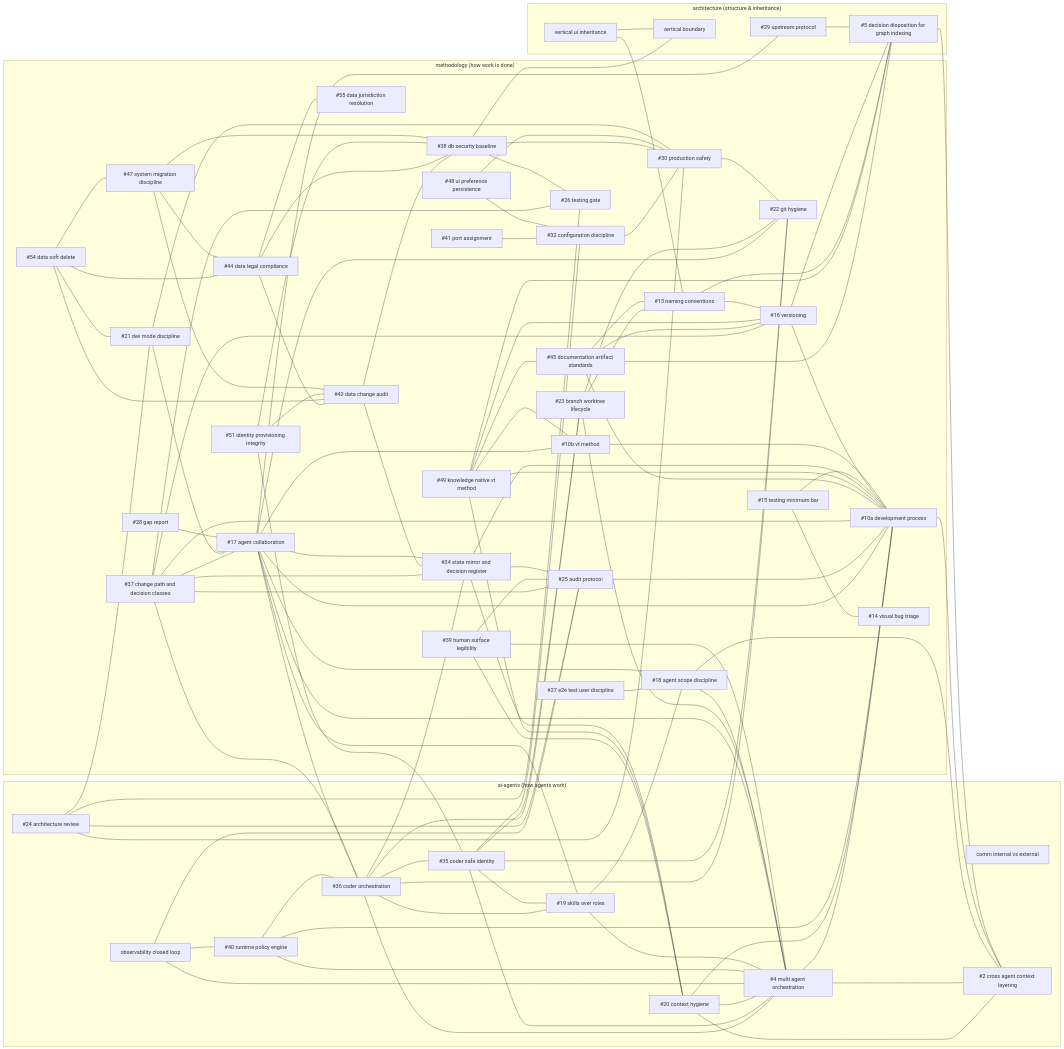
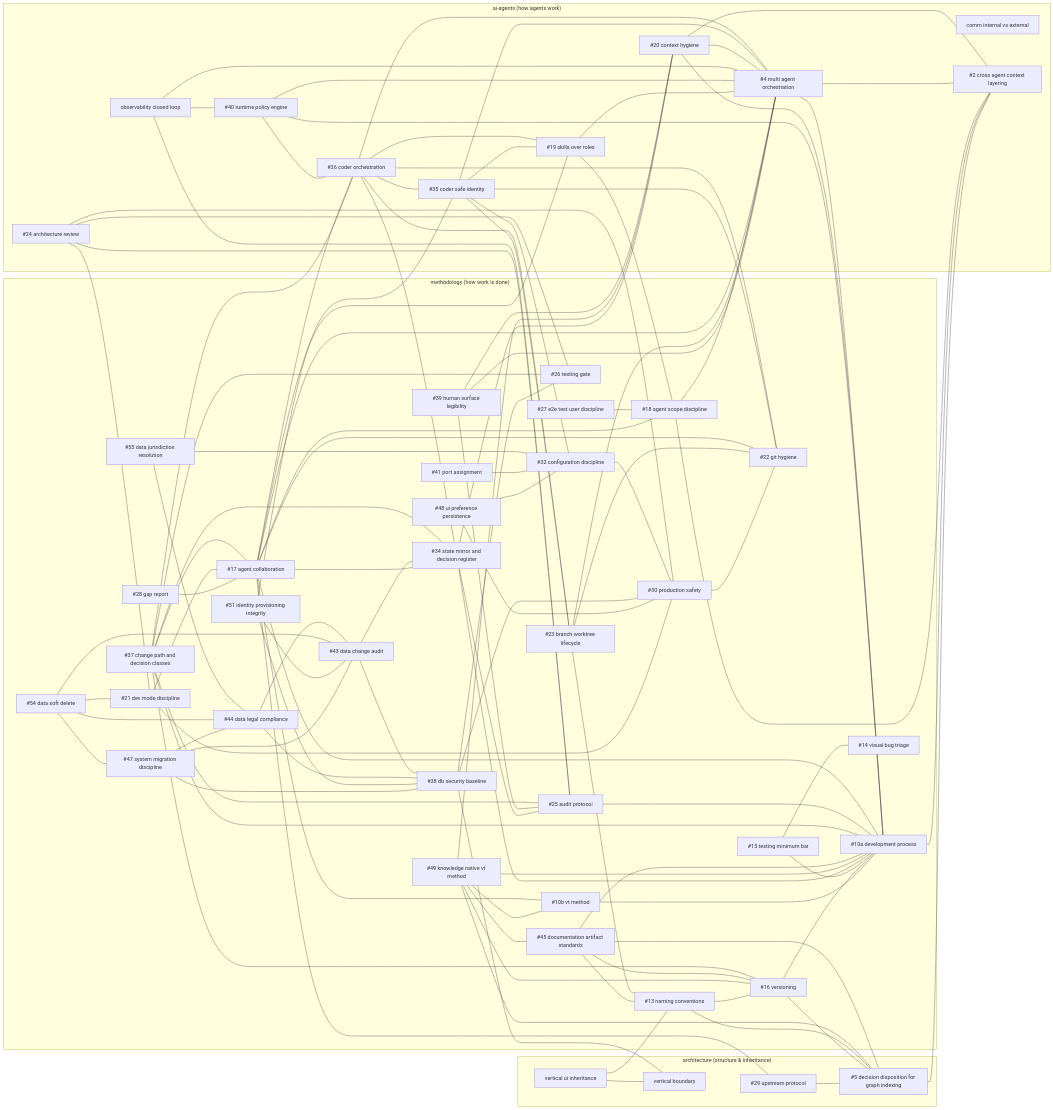
The diagram in knowledge/SUPRA-MAP.md (vibethink-edu/vibethink-dev-kit), drawn with Mermaid before and after one commit. The commit also changed other lines of this file, not shown here.

Commit message:
fix(graph): regenerate SUPRA-MAP — the default branch went RED after the D-075 seal (#275)
The seal commit edited the canon header to add its SEALED status, and that line cites
CANON-CONFIGURATION-DISCIPLINE and CANON-DATA-LEGAL-COMPLIANCE-001; graph-canon reads
canon citations as relationships, so the generated map went stale a second time
(105 -> 106 relationships) and graph-canon.test.mjs --check turned the default branch RED.

Process error that let it land: the CI watch and the merge were chained in one shell
command, so the merge ran regardless of the watch result. They are separate steps now.

```diff
--- a/knowledge/SUPRA-MAP.md
+++ b/knowledge/SUPRA-MAP.md
@@ -110,7 +110,8 @@
   CANON_CONFIGURATION_DISCIPLINE --- CANON_PRODUCTION_SAFETY
   CANON_DATA_CHANGE_AUDIT_001 --- CANON_DB_SECURITY_BASELINE_001
   CANON_DATA_CHANGE_AUDIT_001 --- CANON_STATE_MIRROR_AND_DECISION_REGISTER_001
-  CANON_DATA_LEGAL_COMPLIANCE_001 --- CANON_DATA_JURISDICTION_RESOLUTION_001
+  CANON_DATA_JURISDICTION_RESOLUTION_001 --- CANON_CONFIGURATION_DISCIPLINE
+  CANON_DATA_JURISDICTION_RESOLUTION_001 --- CANON_DATA_LEGAL_COMPLIANCE_001
   CANON_DATA_LEGAL_COMPLIANCE_001 --- CANON_DATA_CHANGE_AUDIT_001
   CANON_DATA_LEGAL_COMPLIANCE_001 --- CANON_DB_SECURITY_BASELINE_001
   CANON_DATA_SOFT_DELETE_001 --- CANON_DATA_CHANGE_AUDIT_001
```
